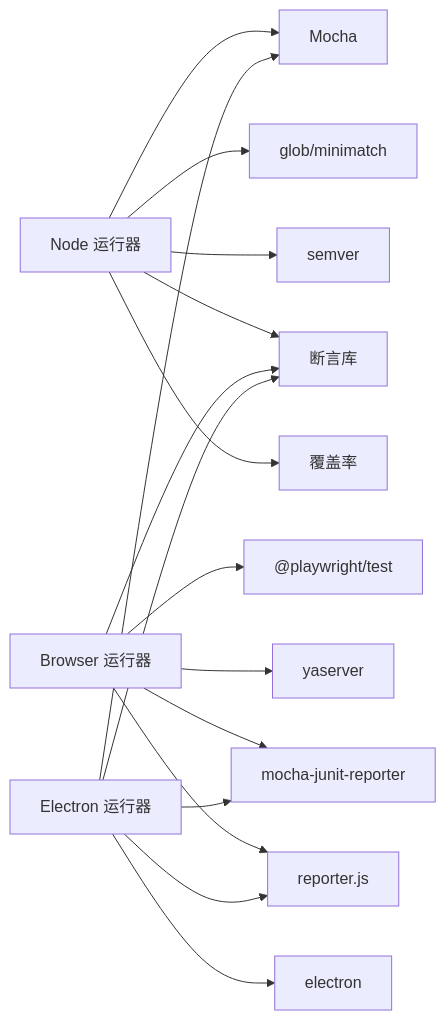
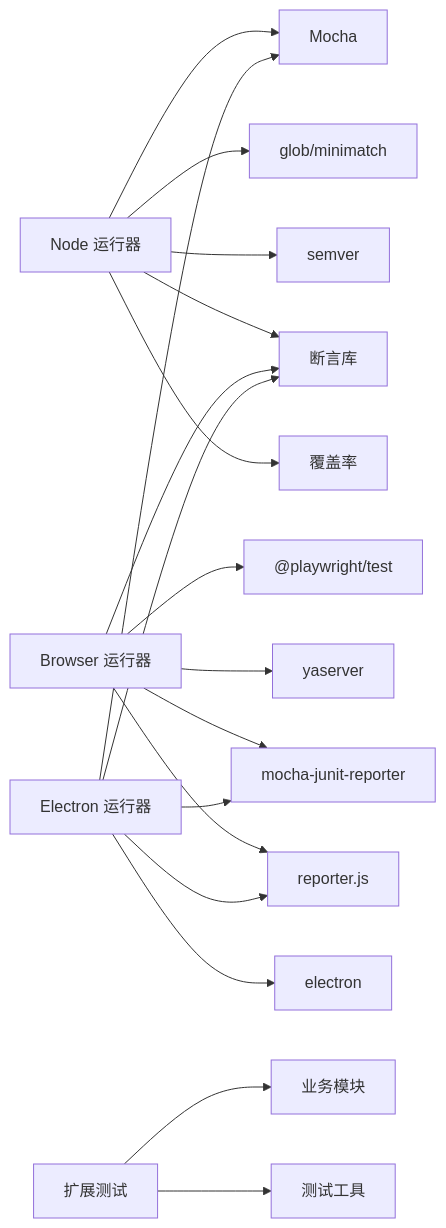
Before and after one commit to sofate798/KodrixCode: the eighth of 8 diagrams in .qoder/repowiki/zh/content/测试策略/单元测试.md, drawn with Mermaid. The commit also changed other lines of this file and 84 other files, not shown here.

````diff
--- a/.qoder/repowiki/zh/content/测试策略/单元测试.md
+++ b/.qoder/repowiki/zh/content/测试策略/单元测试.md
@@ -283,18 +356,20 @@
 ```mermaid
 graph LR
 NodeRunner["Node 运行器"] --> Mocha["Mocha"]
 NodeRunner --> Glob["glob/minimatch"]
 NodeRunner --> Semver["semver"]
 NodeRunner --> Assert["断言库"]
 NodeRunner --> Coverage["覆盖率"]
 BrowserRunner["Browser 运行器"] --> Playwright["@playwright/test"]
 BrowserRunner --> Yaserver["yaserver"]
 BrowserRunner --> JUnit["mocha-junit-reporter"]
 BrowserRunner --> Assert
 BrowserRunner --> Reporter["reporter.js"]
 ElectronRunner["Electron 运行器"] --> Electron["electron"]
 ElectronRunner --> Mocha
 ElectronRunner --> JUnit
 ElectronRunner --> Assert
 ElectronRunner --> Reporter
+Extensions["扩展测试"] --> Business["业务模块"]
+Extensions --> TestUtils["测试工具"]
 ```
````
